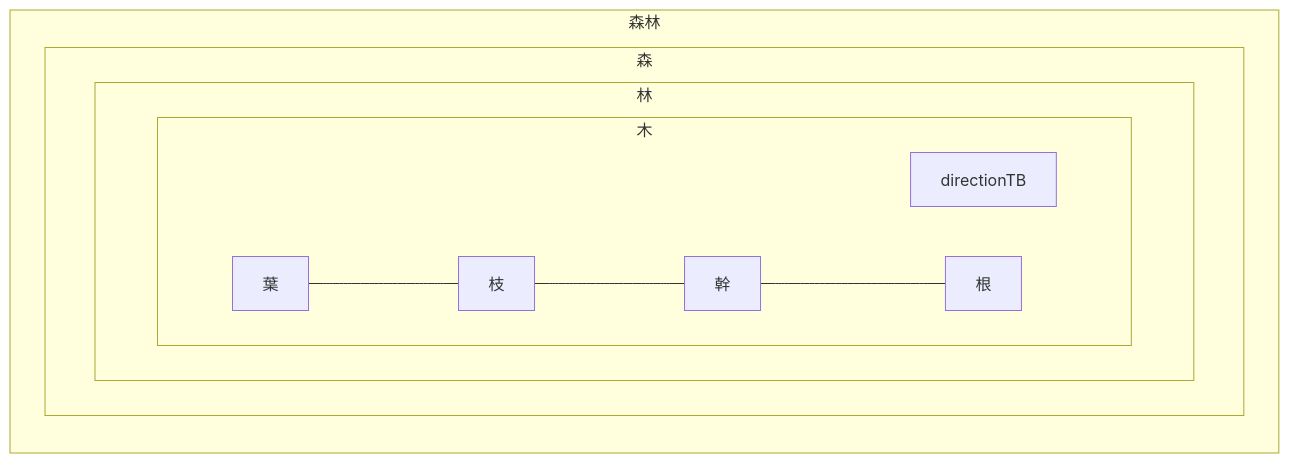
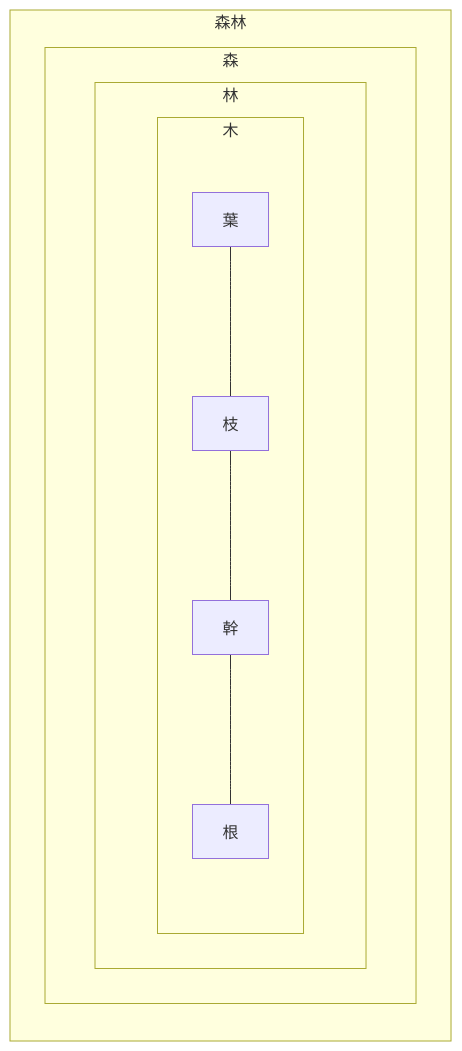
Before and after one commit to bebetakumi/mermaid: the diagram in 遊び用/木.md, drawn with Mermaid.

````diff
--- a/遊び用/木.md
+++ b/遊び用/木.md
@@ -1,15 +1,15 @@
 ```mermaid
 flowchart LR
 subgraph 森林
     subgraph 森
         subgraph 林
             subgraph 木
-                directionTB
+                direction TB
                 葉 --- 枝 --- 幹 --- 根
             end
         end
     end
 end
 
 
 ```
````
